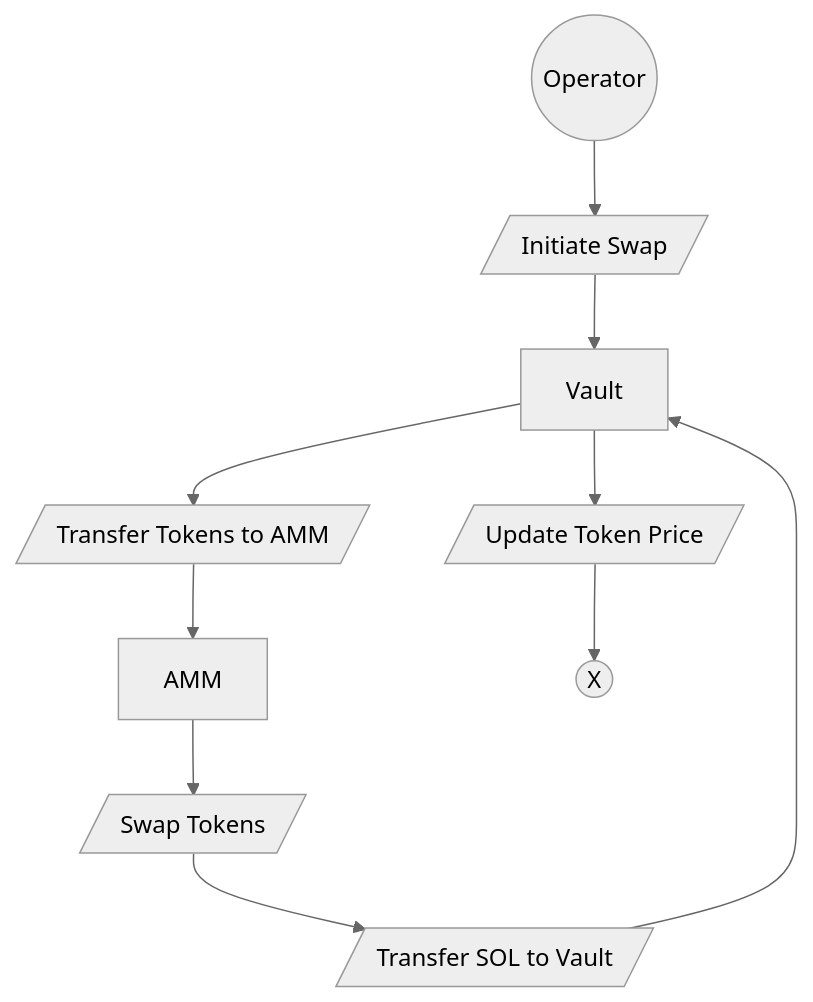
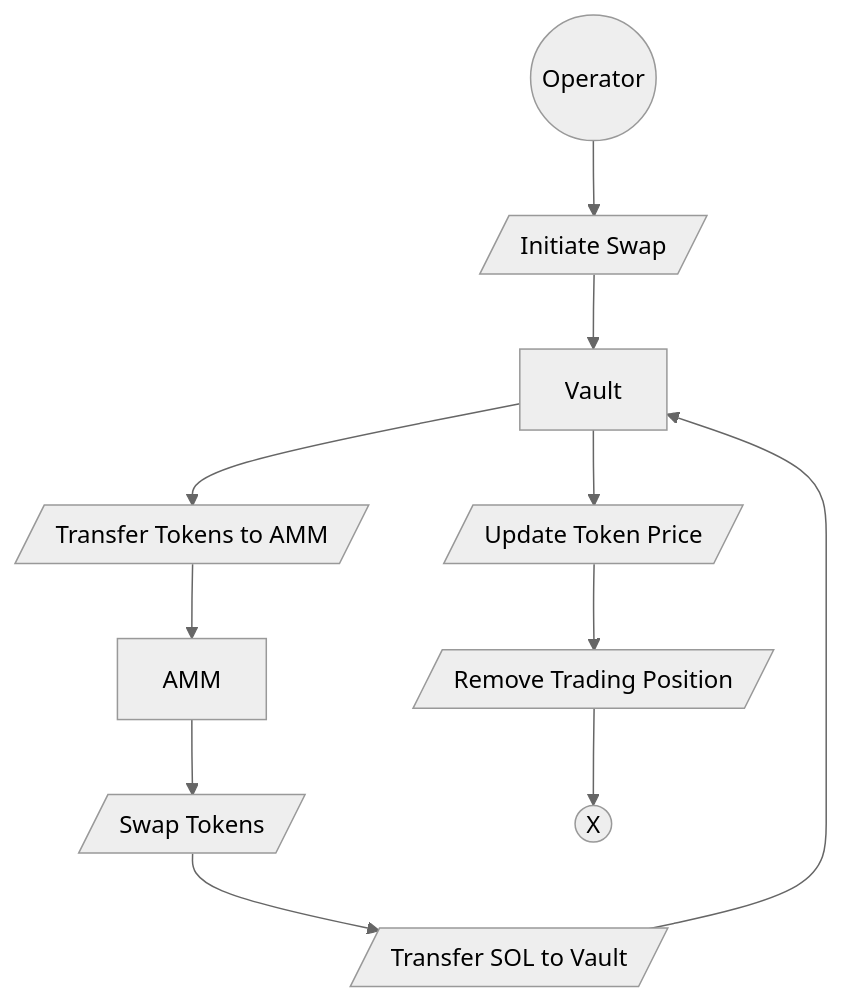
One commit to n3m6/Q2_25_Builder_Faraz changed the eighth of 8 diagrams in docs/Architecture.md. Above: the diagram before and after it, drawn with Mermaid (neutral theme). The commit also changed other lines of this file, not shown here.

````diff
--- a/docs/Architecture.md
+++ b/docs/Architecture.md
@@ -191,12 +214,13 @@
 ```mermaid
 flowchart TD
     A((Operator)) -->B[/Initiate Swap/]
     B --> C[Vault]
     C --> D[/Transfer Tokens to AMM/]
     D --> E[AMM]
     E --> F[/Swap Tokens/]
     F --> G[/Transfer SOL to Vault/]
     G --> C
     C --> H[/Update Token Price/]
-    H --> I((X))
+    H --> K[/Remove Trading Position/]
+    K --> I((X))
 ```
````
